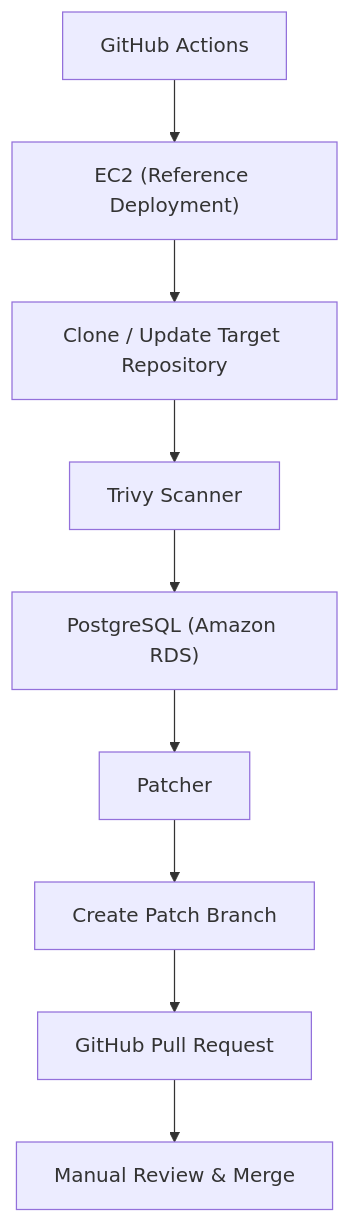
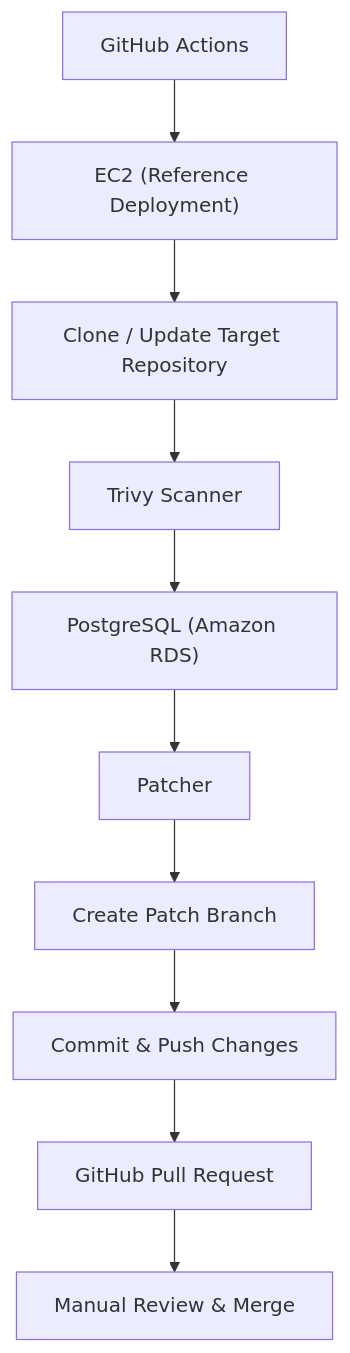
One commit to mathivadhanis505/cve_test changed the diagram in README.md. Above: the diagram before and after it, drawn with Mermaid. The commit also changed other lines of this file and 2 other files, not shown here.

````diff
--- a/README.md
+++ b/README.md
@@ -24,11 +41,12 @@
 ```mermaid
 flowchart TD
     A["GitHub Actions"] --> B["EC2 (Reference Deployment)"]
     B --> C["Clone / Update Target Repository"]
     C --> D["Trivy Scanner"]
     D --> E["PostgreSQL (Amazon RDS)"]
     E --> F["Patcher"]
     F --> G["Create Patch Branch"]
-    G --> H["GitHub Pull Request"]
-    H --> I["Manual Review & Merge"]
+    G --> H["Commit & Push Changes"]
+    H --> I["GitHub Pull Request"]
+    I --> J["Manual Review & Merge"]
 ```
````
